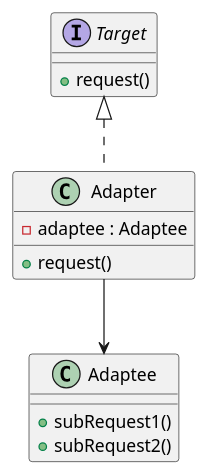
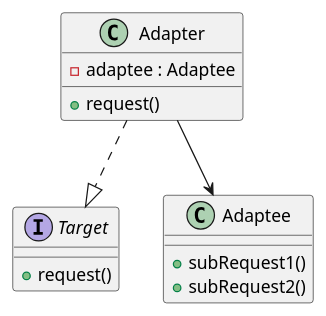
Before and after one commit to Hyuntae-Lee/DesignPattern: the first of 2 diagrams in DesignPattern/adapter.puml, drawn with PlantUML. The commit also changed 18 other files, not shown here.

```diff
--- a/DesignPattern/adapter.puml
+++ b/DesignPattern/adapter.puml
@@ -1,20 +1,20 @@
 @startuml class
 
 interface Target {
     + request()
 }
 
 class Adapter {
     - adaptee : Adaptee
     + request()
 }
 
 class Adaptee {
     + subRequest1()
     + subRequest2()
 }
 
-Target <|.. Adapter
+Adapter ..|> Target
 Adapter --> Adaptee
 
 @enduml
```
